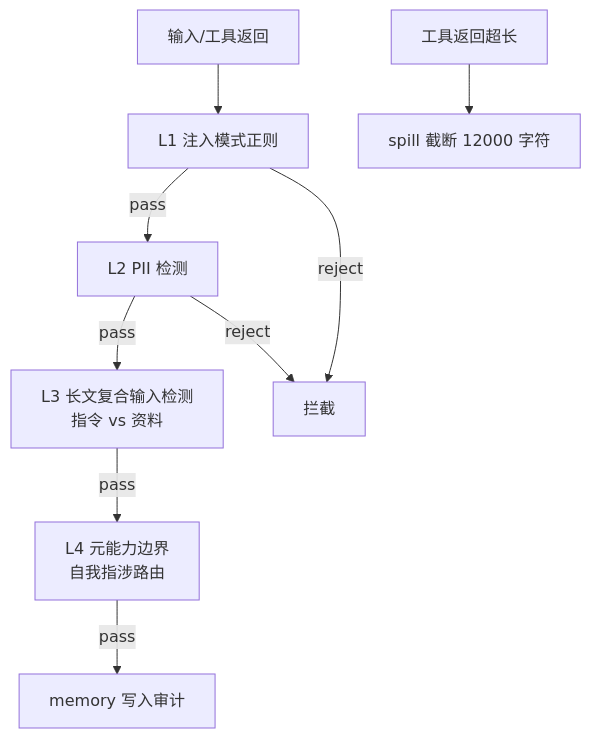
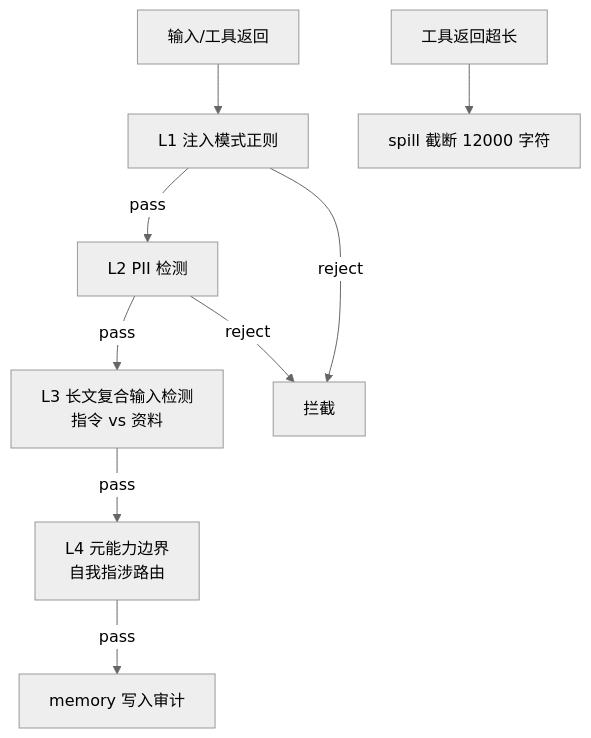
Diagram 17 of 17 in PAEG技术说明.md (Golden2002/PAEG), drawn with Mermaid before and after one commit. The commit also changed other lines of this file and 2 other files, not shown here.

Commit message:
v0.71.1 图分类双方案: 保持现状(base蓝灰)图9/15/16/17 + 其余15图第一版方案(neutral白节点深字,白框融入节点不可见)——用户精确分组指令

````diff
--- a/PAEG技术说明.md
+++ b/PAEG技术说明.md
@@ -494,11 +508,12 @@
 ```mermaid
+%%{init: {'theme': 'neutral'}}%%
 flowchart TD
     In["输入/工具返回"] --> L1["L1 注入模式正则"]
     L1 -->|pass| L2["L2 PII 检测"]
     L2 -->|pass| L3["L3 长文复合输入检测<br/>指令 vs 资料"]
     L3 -->|pass| L4["L4 元能力边界<br/>自我指涉路由"]
     L4 -->|pass| M["memory 写入审计"]
     L1 -->|reject| X["拦截"]
     L2 -->|reject| X
     Out["工具返回超长"] --> Sp["spill 截断 12000 字符"]
 ```
````
